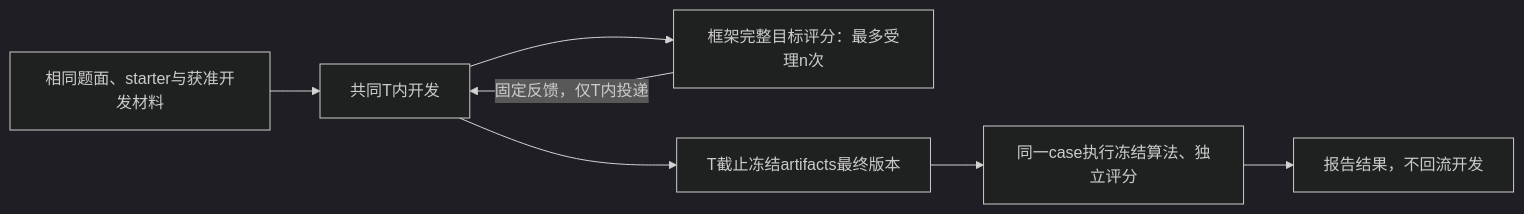
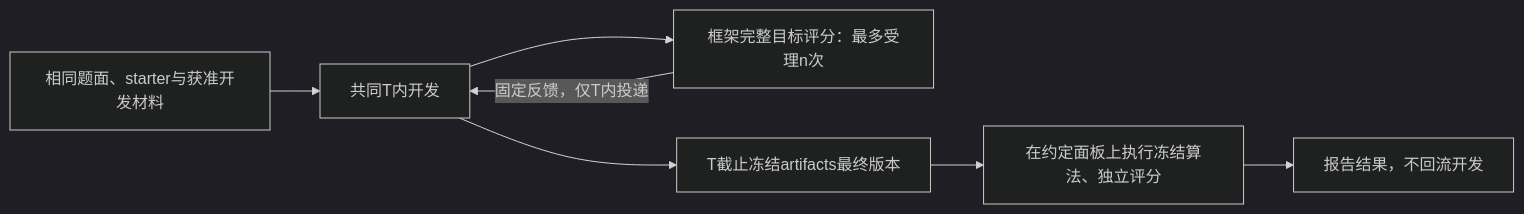
The diagram in README.md (aiqiuyuan/powergrid_benchmark_for_agent), drawn with Mermaid (dark theme) before and after one commit. The commit also changed other lines of this file and 57 other files, not shown here.

````diff
--- a/README.md
+++ b/README.md
@@ -87,9 +90,9 @@
 ```mermaid
 flowchart LR
     A[相同题面、starter与获准开发材料] --> B[共同T内开发]
     B --> C[框架完整目标评分：最多受理n次]
     C -->|固定反馈，仅T内投递| B
     B --> D[T截止冻结artifacts最终版本]
-    D --> E[同一case执行冻结算法、独立评分]
+    D --> E[在约定面板上执行冻结算法、独立评分]
     E --> F[报告结果，不回流开发]
 ```
````
